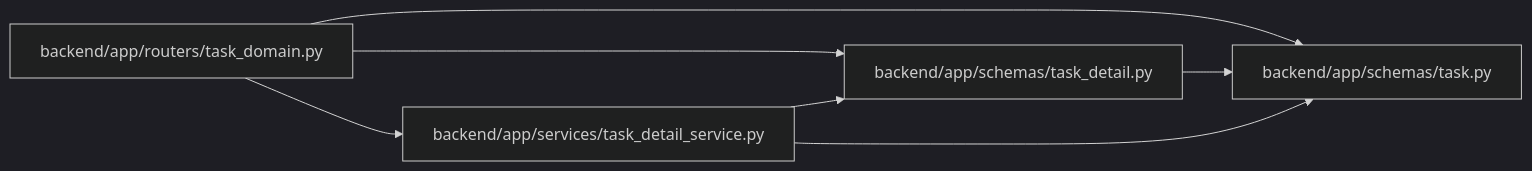
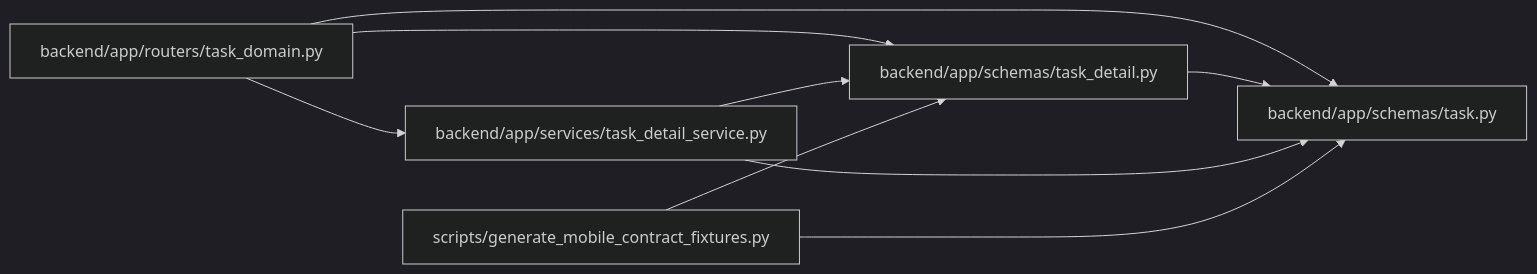
Before and after one commit to Denissvgn/WorkChord: the diagram in docs/llm_wiki/modules/task_detail.md, drawn with Mermaid (dark theme). The commit also changed other lines of this file and 333 other files, not shown here.

Commit message:
docs(wiki): document canonical mobile contract examples

````diff
--- a/docs/llm_wiki/modules/task_detail.md
+++ b/docs/llm_wiki/modules/task_detail.md
@@ -20,17 +20,21 @@
 ```mermaid
 flowchart LR
     n0["backend/app/routers/task_domain.py"]
     n1["backend/app/schemas/task.py"]
     n2["backend/app/schemas/task_detail.py"]
     n3["backend/app/services/task_detail_service.py"]
+    n4["scripts/generate_mobile_contract_fixtures.py"]
     n0 --> n1
     n0 --> n2
     n0 --> n3
     n2 --> n1
     n3 --> n1
     n3 --> n2
+    n4 --> n1
+    n4 --> n2
     click n0 "../modules/routers_task_domain.md"
     click n1 "../modules/schemas_task.md"
     click n2 "../modules/task_detail.md"
     click n3 "../modules/task_detail_service.md"
+    click n4 "../modules/generate_mobile_contract_fixtures.md"
 ```
````
